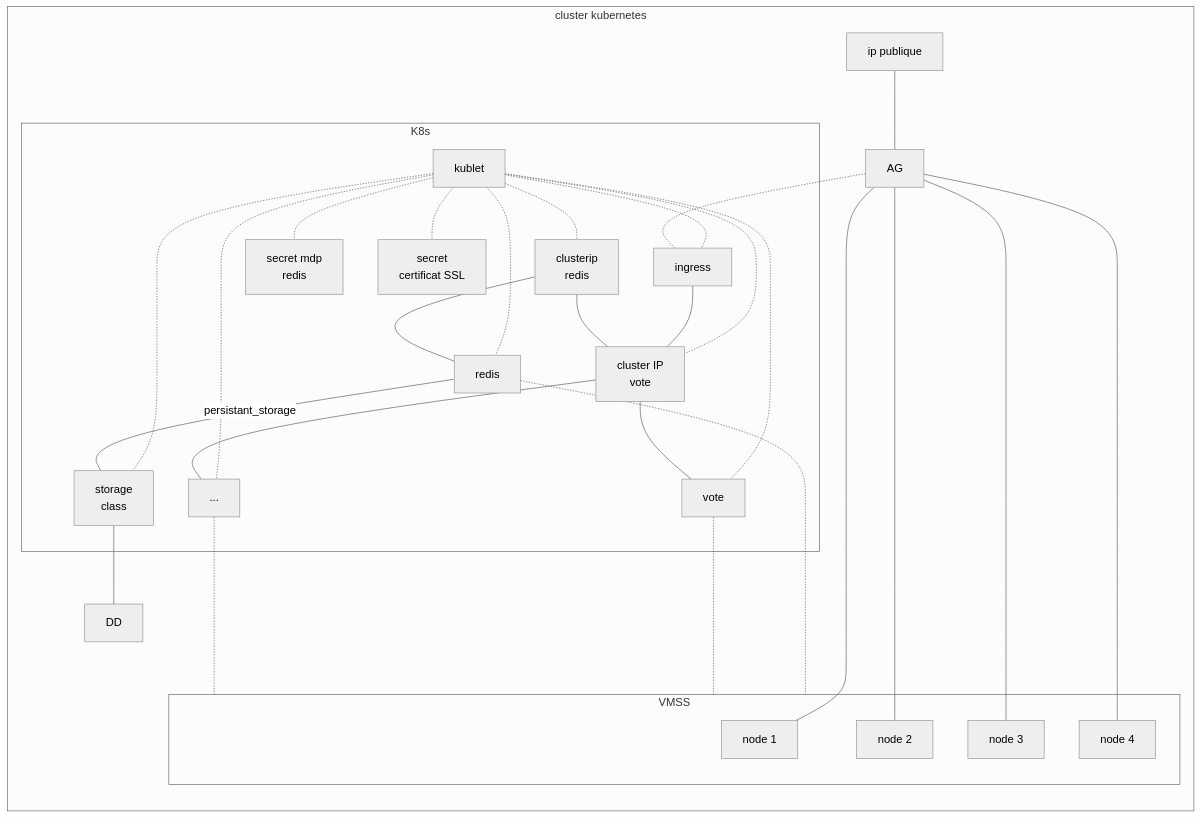
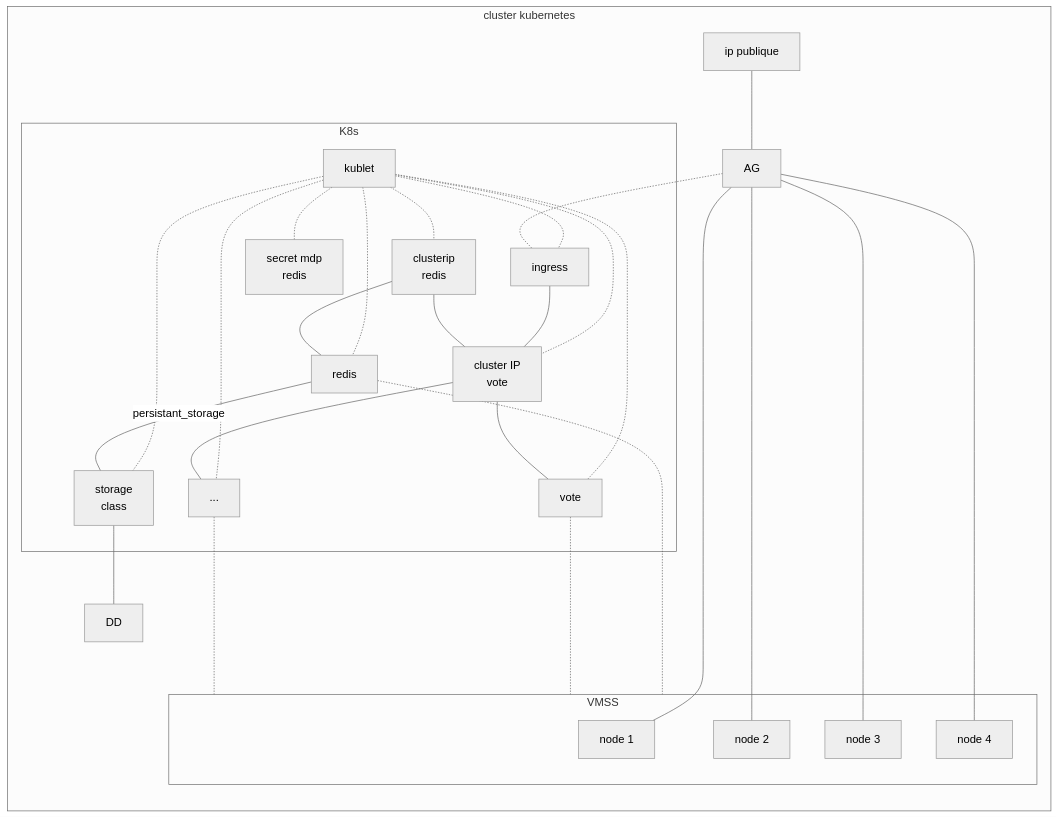
One commit to DavidMosad/Brief-7 changed the diagram in DAT.md. Above: the diagram before and after it, drawn with Mermaid (neutral theme).

````diff
--- a/DAT.md
+++ b/DAT.md
@@ -6,30 +6,29 @@
 ```mermaid
 flowchart LR
 subgraph kuber [cluster kubernetes]
 ippub[ip publique]---AG---n1 & n2 & n3 & n4
 subgraph VMSS
 n1[node 1]
 n2[node 2]
 n3[node 3]
 n4[node 4]
 end
 subgraph K8s
-kublet-.-clstipvt & pod1 & pod2 & pod3 & ingress & strcl & clstiprd & scrmdp & scrcert
+kublet-.-clstipvt & pod1 & pod2 & pod3 & ingress & strcl & clstiprd & scrmdp
 clstipvt[cluster IP\nvote]
 pod1[redis]
 pod2[vote]
 pod3[...]
 ingress
 strcl[storage\nclass]
 clstiprd[clusterip\nredis]
 scrmdp["secret mdp \n redis"]
-scrcert[secret\ncertificat SSL]
 end
 AG-.-ingress---clstipvt---pod2 & pod3
 clstiprd---pod1
 clstiprd---clstipvt
 pod1--persistant_storage---strcl---DD
 pod1 & pod2 & pod3 -..- VMSS
 end
  classDef null fill:#000,width: 1;
 ```
````
